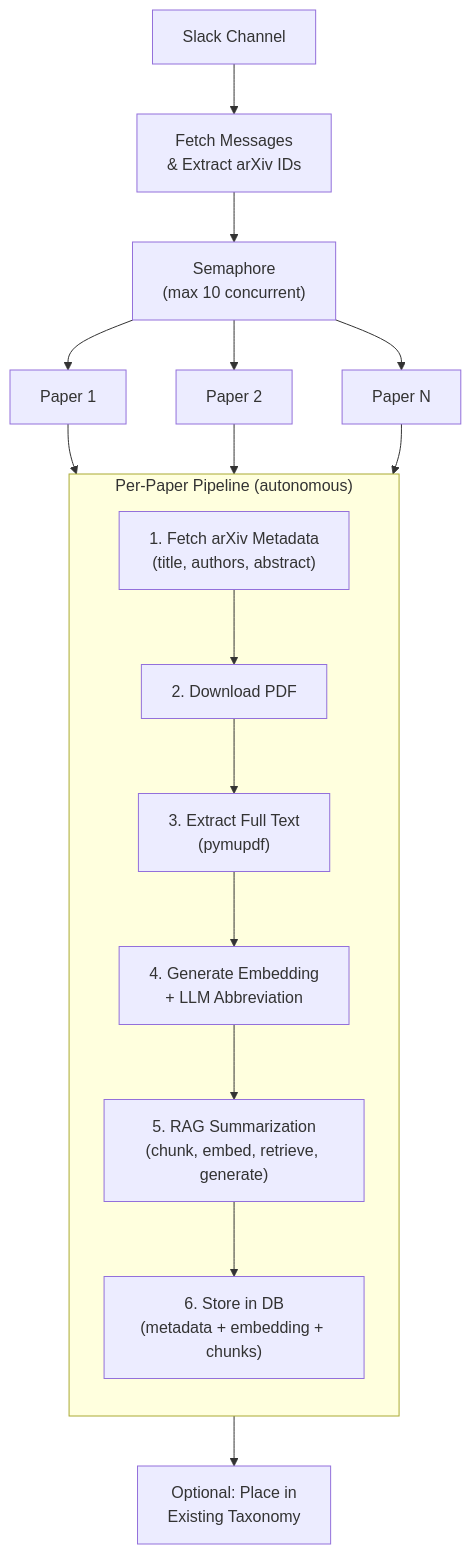
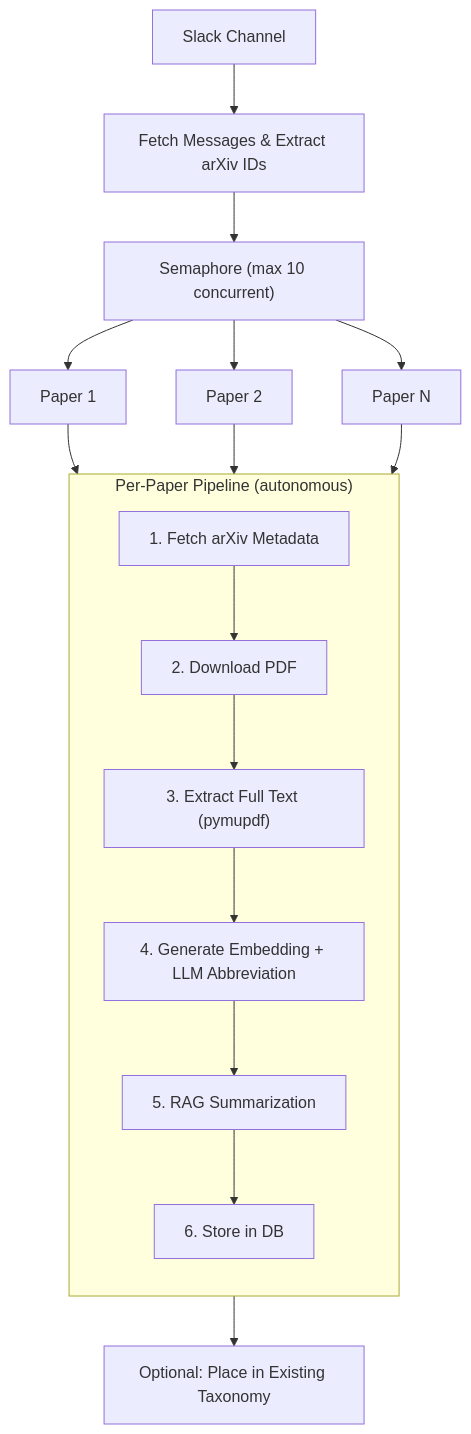
One commit to hawkoli1987/paper-curator changed the diagram in doc/mechanism/03-ingestion.md. Above: the diagram before and after it, drawn with Mermaid. The commit also changed other lines of this file and 5 other files, not shown here.

````diff
--- a/doc/mechanism/03-ingestion.md
+++ b/doc/mechanism/03-ingestion.md
@@ -17,24 +17,24 @@
 ```mermaid
 flowchart TB
-    Slack["Slack Channel"] --> Fetch["Fetch Messages<br/>& Extract arXiv IDs"]
-    Fetch --> Sem["Semaphore<br/>(max 10 concurrent)"]
+    Slack["Slack Channel"] --> Fetch["Fetch Messages & Extract arXiv IDs"]
+    Fetch --> Sem["Semaphore (max 10 concurrent)"]
 
     Sem --> P1["Paper 1"]
     Sem --> P2["Paper 2"]
     Sem --> Pn["Paper N"]
 
+    P1 --> Meta
+    P2 --> Meta
+    Pn --> Meta
+
     subgraph pipeline ["Per-Paper Pipeline (autonomous)"]
         direction TB
-        Meta["1. Fetch arXiv Metadata<br/>(title, authors, abstract)"] --> DL["2. Download PDF"]
-        DL --> Extract["3. Extract Full Text<br/>(pymupdf)"]
-        Extract --> EmbedAbbrev["4. Generate Embedding<br/>+ LLM Abbreviation"]
-        EmbedAbbrev --> Summarize["5. RAG Summarization<br/>(chunk, embed, retrieve, generate)"]
-        Summarize --> Store["6. Store in DB<br/>(metadata + embedding + chunks)"]
+        Meta["1. Fetch arXiv Metadata"] --> DL["2. Download PDF"]
+        DL --> Extract["3. Extract Full Text (pymupdf)"]
+        Extract --> EmbedAbbrev["4. Generate Embedding + LLM Abbreviation"]
+        EmbedAbbrev --> Summarize["5. RAG Summarization"]
+        Summarize --> Store["6. Store in DB"]
     end
 
-    P1 --> pipeline
-    P2 --> pipeline
-    Pn --> pipeline
-
-    Store --> Place["Optional: Place in<br/>Existing Taxonomy"]
+    Store --> Place["Optional: Place in Existing Taxonomy"]
 ```
````
